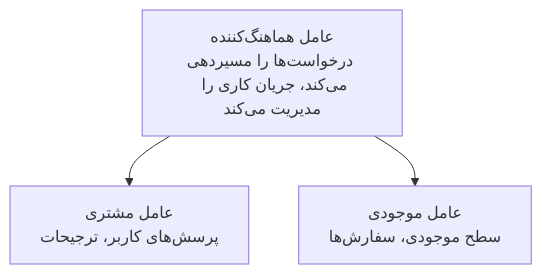
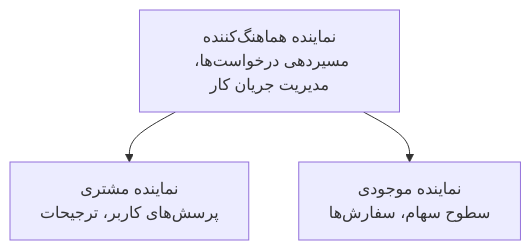
The diagram in translations/fa/docs/chapter-05-multi-agent/README.md (microsoft/AZD-for-beginners), drawn with Mermaid before and after one commit. The commit also changed other lines of this file and 60 other files, not shown here.

````diff
--- a/translations/fa/docs/chapter-05-multi-agent/README.md
+++ b/translations/fa/docs/chapter-05-multi-agent/README.md
@@ -54,5 +54,5 @@
 ```mermaid
 graph TD
-    Orchestrator[عامل هماهنگ‌کننده<br/>درخواست‌ها را مسیردهی می‌کند، جریان کاری را مدیریت می‌کند] --> Customer[عامل مشتری<br/>پرسش‌های کاربر، ترجیحات]
-    Orchestrator --> Inventory[عامل موجودی<br/>سطح موجودی، سفارش‌ها]
+    Orchestrator[نماینده هماهنگ‌کننده<br/>مسیر‌دهی درخواست‌ها، مدیریت جریان کار] --> Customer[نماینده مشتری<br/>پرسش‌های کاربر، ترجیحات]
+    Orchestrator --> Inventory[نماینده موجودی<br/>سطوح سهام، سفارش‌ها]
 ```
````
